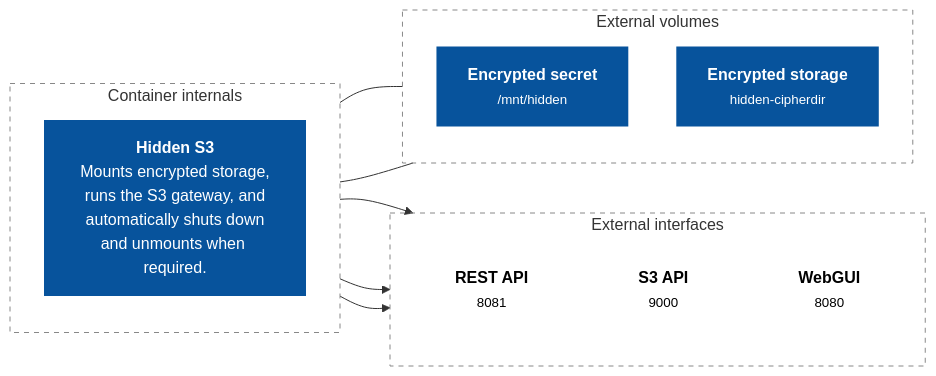
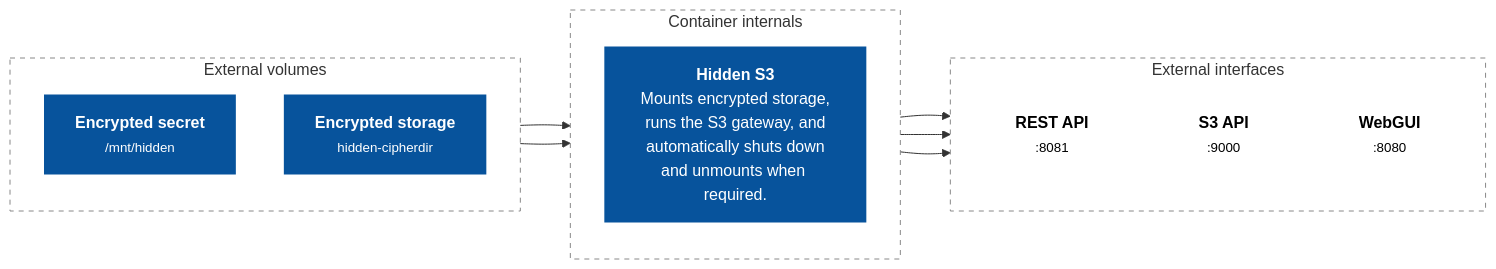
The diagram in README.md (artabramov/hidden), drawn with Mermaid before and after one commit.

Commit message:
FIxed Mermaid schema

````diff
--- a/README.md
+++ b/README.md
@@ -88,37 +88,37 @@
 ```mermaid
 flowchart LR
-    subgraph EXT["External interfaces"]
+    subgraph VOL["External volumes"]
         direction TB
-        REST["<b>REST API</b><br/><small>8081</small>"]
-        S3["<b>S3 API</b><br/><small>9000</small>"]
-        GUI["<b>WebGUI</b><br/><small>8080</small>"]
+        SECRET["<b>Encrypted secret</b><br/><small>/mnt/hidden</small>"]
+        STORAGE["<b>Encrypted storage</b><br/><small>hidden-cipherdir</small>"]
     end
 
     subgraph INT["Container internals"]
         direction TB
         H["<b>Hidden S3</b><br/>Mounts encrypted storage,<br/>runs the S3 gateway, and<br/>automatically shuts down<br/>and unmounts when required."]
     end
 
-    subgraph VOL["External volumes"]
+    subgraph EXT["External interfaces"]
         direction TB
-        SECRET["<b>Encrypted secret</b><br/><small>/mnt/hidden</small>"]
-        STORAGE["<b>Encrypted storage</b></br><small>hidden-cipherdir</small>"]
+        REST["<b>REST API</b><br/><small>:8081</small>"]
+        S3["<b>S3 API</b><br/><small>:9000</small>"]
+        GUI["<b>WebGUI</b><br/><small>:8080</small>"]
     end
+
+    SECRET --> H
+    STORAGE --> H
 
     H --> REST
     H --> S3
     H --> GUI
-
-    H --- SECRET
-    H --- STORAGE
 
     classDef blue fill:#07539c,color:#fff,stroke:#07539c,stroke-width:2px;
     classDef interface fill:#fff,color:#000,stroke:none;
 
     class H,SECRET,STORAGE blue;
     class REST,S3,GUI interface;
 
     style EXT fill:none,stroke:#888,stroke-dasharray:5 5
     style INT fill:none,stroke:#888,stroke-dasharray:5 5
     style VOL fill:none,stroke:#888,stroke-dasharray:5 5
 ```
````
